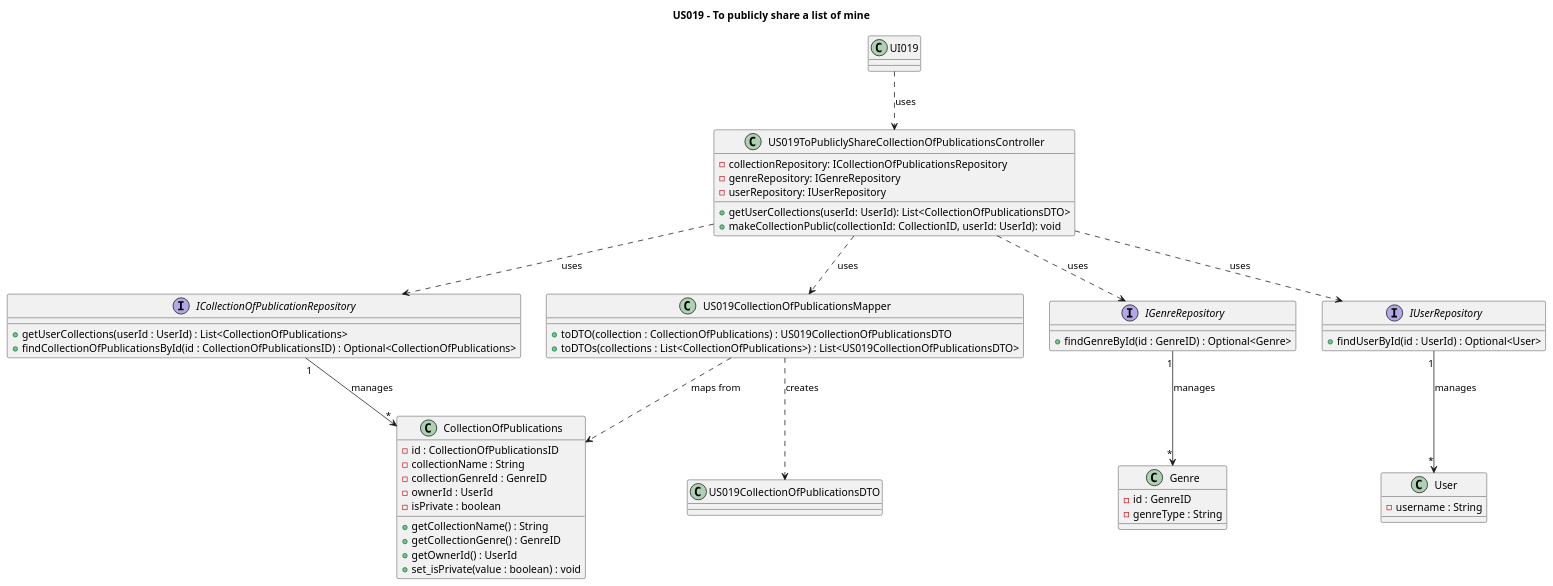
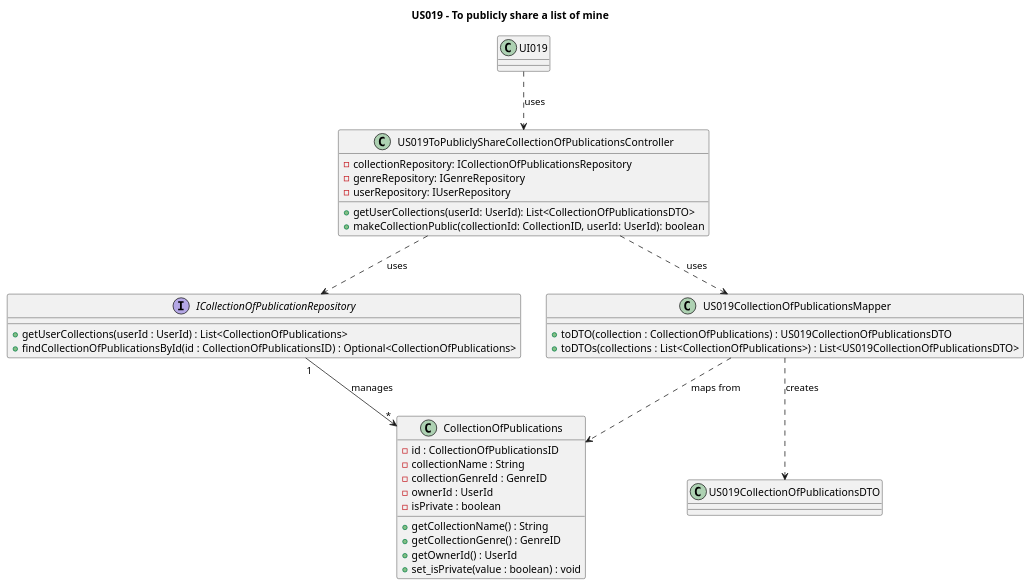
Before and after one commit to AndrePereiraGitH/SWitCH-Project-Team_A: the diagram in Diagrams/ClassDiagrams/US019-to-publicly-share-a-list.puml, drawn with PlantUML. The commit also changed 1 other file, not shown here.

Commit message:
Working on #602, fixed inconsistencies between class and sequence diagrams

```diff
--- a/Diagrams/ClassDiagrams/US019-to-publicly-share-a-list.puml
+++ b/Diagrams/ClassDiagrams/US019-to-publicly-share-a-list.puml
@@ -1,79 +1,57 @@
 @startuml
 
 title US019 - To publicly share a list of mine
 
 class "UI019" as UI019 {
 
 }
 
 'Controller
 class "US019ToPubliclyShareCollectionOfPublicationsController" as US019Controller {
   -collectionRepository: ICollectionOfPublicationsRepository
   -genreRepository: IGenreRepository
   -userRepository: IUserRepository
   +getUserCollections(userId: UserId): List<CollectionOfPublicationsDTO>
-  +makeCollectionPublic(collectionId: CollectionID, userId: UserId): void
+  +makeCollectionPublic(collectionId: CollectionID, userId: UserId): boolean
 }
 
 'Repository Interfaces
 interface "ICollectionOfPublicationRepository" as ICollectionOfPublicationsRepository  {
  + getUserCollections(userId : UserId) : List<CollectionOfPublications>
  + findCollectionOfPublicationsById(id : CollectionOfPublicationsID) : Optional<CollectionOfPublications>
-}
-
-interface IGenreRepository {
-  + findGenreById(id : GenreID) : Optional<Genre>
-}
-
-interface IUserRepository {
-  + findUserById(id : UserId) : Optional<User>
 }
 
 'Domain
 class CollectionOfPublications {
   - id : CollectionOfPublicationsID
   - collectionName : String
   - collectionGenreId : GenreID
   - ownerId : UserId
   - isPrivate : boolean
   + getCollectionName() : String
   + getCollectionGenre() : GenreID
   + getOwnerId() : UserId
   + set_isPrivate(value : boolean) : void
 }
 
-class Genre {
-  - id : GenreID
-  - genreType : String
-}
-
-class User {
-  - username : String
-}
-
-
 class US019CollectionOfPublicationsMapper {
   + toDTO(collection : CollectionOfPublications) : US019CollectionOfPublicationsDTO
   + toDTOs(collections : List<CollectionOfPublications>) : List<US019CollectionOfPublicationsDTO>
 }
 
 class "US019CollectionOfPublicationsDTO" as DTO{
 }
 
 ' Interactions
 UI019 ..> US019Controller : uses
 
 US019Controller ..> ICollectionOfPublicationsRepository : uses
-US019Controller ..> IGenreRepository : uses
-US019Controller ..> IUserRepository : uses
 US019Controller ..> US019CollectionOfPublicationsMapper : uses
 
 ICollectionOfPublicationsRepository "1" --> "*" CollectionOfPublications : manages
-IGenreRepository "1" --> "*" Genre : manages
-IUserRepository "1" --> "*" User : manages
 
 US019CollectionOfPublicationsMapper ..> CollectionOfPublications : maps from
 US019CollectionOfPublicationsMapper ..> DTO : creates
 
 
 @enduml
```
